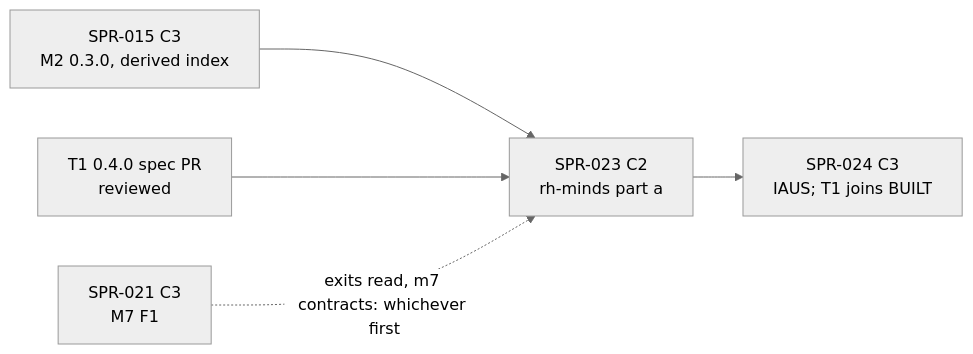
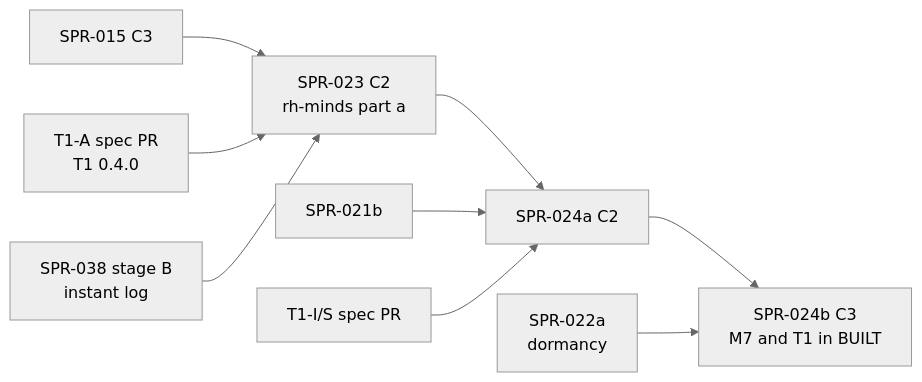
One commit to BigRigVibeCoder/Rehoboam changed the diagram in CODEX/05_PROJECT/SPR-023_MindsTraitsOpinions.md. Above: the diagram before and after it, drawn with Mermaid (neutral theme). The commit also changed other lines of this file and 4 other files, not shown here.

````diff
--- a/CODEX/05_PROJECT/SPR-023_MindsTraitsOpinions.md
+++ b/CODEX/05_PROJECT/SPR-023_MindsTraitsOpinions.md
@@ -198,7 +242,11 @@
 ```mermaid
 flowchart LR
-  S015[SPR-015 C3<br/>M2 0.3.0, derived index] --> S023[SPR-023 C2<br/>rh-minds part a]
-  SPEC[T1 0.4.0 spec PR<br/>reviewed] --> S023
-  S021[SPR-021 C3<br/>M7 F1] -.exits read, m7 contracts: whichever first.-> S023
-  S023 --> S024[SPR-024 C3<br/>IAUS; T1 joins BUILT]
+  S015[SPR-015 C3] --> S023[SPR-023 C2<br/>rh-minds part a]
+  T1A[T1-A spec PR<br/>T1 0.4.0] --> S023
+  S038b[SPR-038 stage B<br/>instant log] --> S023
+  S023 --> S024a[SPR-024a C2]
+  S021b[SPR-021b] --> S024a
+  T1IS[T1-I/S spec PR] --> S024a
+  S024a --> S024b[SPR-024b C3<br/>M7 and T1 in BUILT]
+  S022a[SPR-022a<br/>dormancy] --> S024b
 ```
````
